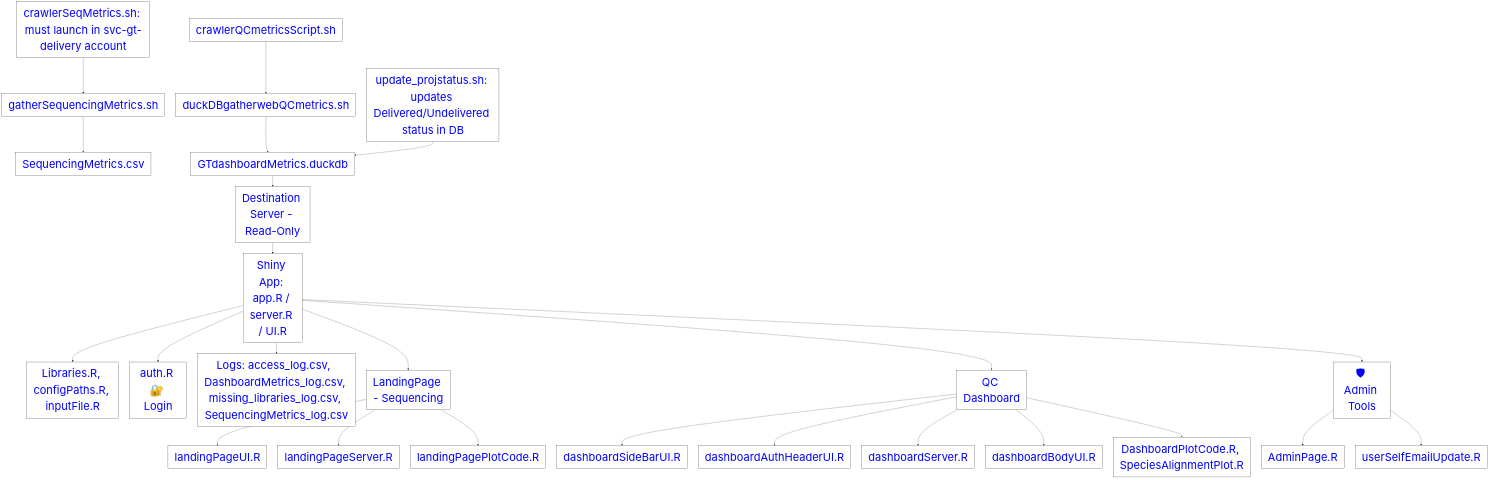
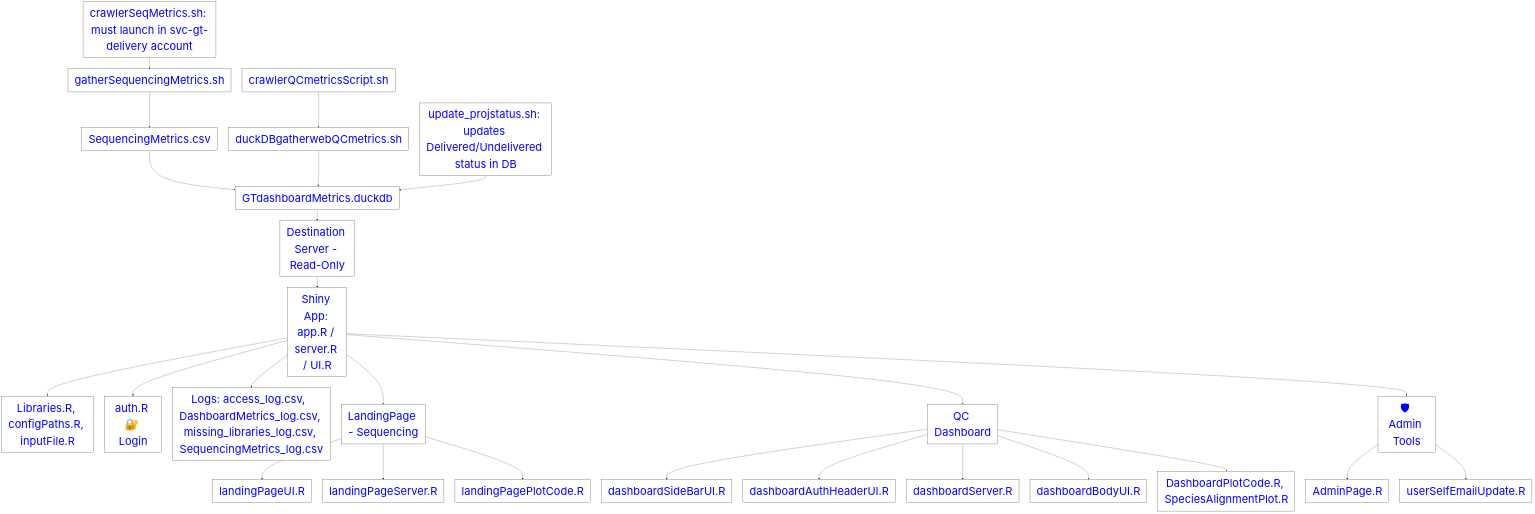
Before and after one commit to akinyanju/QCseqVisual_byRshiny: the diagram in ReadMeDashboard.md, drawn with Mermaid.

````diff
--- a/ReadMeDashboard.md
+++ b/ReadMeDashboard.md
@@ -39,46 +39,46 @@
 ```mermaid
 flowchart TD
   %% Define font style class
   classDef bigText fill:white,stroke:black,color:blue,font-size:50px;
 
   %% Crawlers
   A1[crawlerSeqMetrics.sh: must launch in svc-gt-delivery account] --> A2[gatherSequencingMetrics.sh]
   A3[crawlerQCmetricsScript.sh] --> A4[duckDBgatherwebQCmetrics.sh]
 
   %% Output from gather scripts
-  A2 --> B1[SequencingMetrics.csv]
+  A2 --> B1[SequencingMetrics.csv] --> B2[GTdashboardMetrics.duckdb]
   A4 --> B2[GTdashboardMetrics.duckdb]
   update_projstatus.sh[update_projstatus.sh: updates Delivered/Undelivered status in DB] --> B2
 
   %% Push to destination
   B2 --> C1[Destination Server - Read-Only]
 
   %% App Launch
   C1 --> D1[Shiny App: app.R / server.R / UI.R]
   D1 --> D2[Libraries.R, configPaths.R, inputFile.R]
   D1 --> D3[auth.R 🔐 Login]
   D1 --> D4[Logs: access_log.csv,  DashboardMetrics_log.csv,  missing_libraries_log.csv,  SequencingMetrics_log.csv]
 
   %% Landing Page
   D1 --> E1[LandingPage - Sequencing]
   E1 --> E2[landingPageUI.R]
   E1 --> E3[landingPageServer.R]
   E1 --> E4[landingPagePlotCode.R]
 
   %% QC Dashboard Page
   D1 --> F1[QC Dashboard]
   F1 --> F2[dashboardSideBarUI.R]
   F1 --> F3[dashboardAuthHeaderUI.R]
   F1 --> F4[dashboardServer.R]
   F1 --> F5[dashboardBodyUI.R]
   F1 --> F6[DashboardPlotCode.R, SpeciesAlignmentPlot.R]
 
   %% Admin Modules
   D1 --> G1[🛡 Admin Tools]
   G1 --> G2[AdminPage.R]
   G1 --> G3[userSelfEmailUpdate.R]
 
   %% Apply bigText class to all nodes
   class A1,A2,A3,A4,B1,B2,C1,D1,D2,D3,D4,E1,E2,E3,E4,F1,F2,F3,F4,F5,F6,G1,G2,G3,update_projstatus.sh bigText;
 
 ```
````
